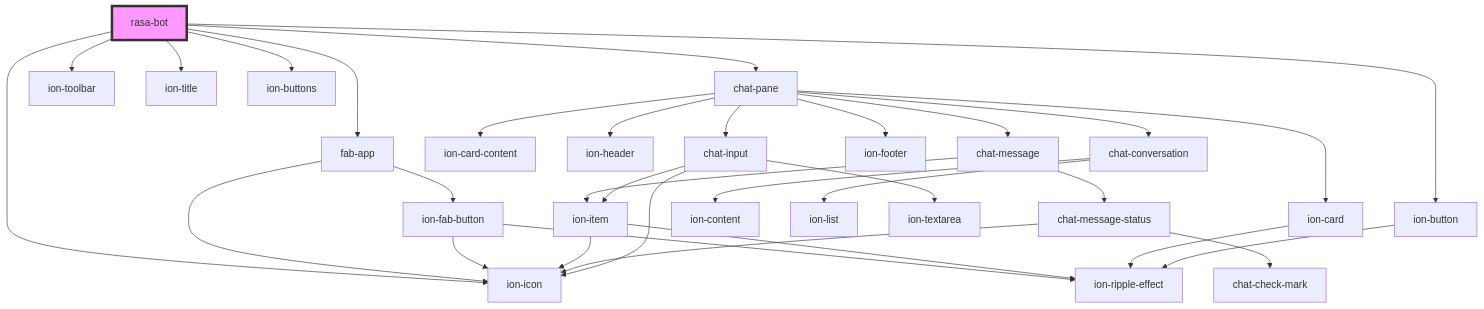
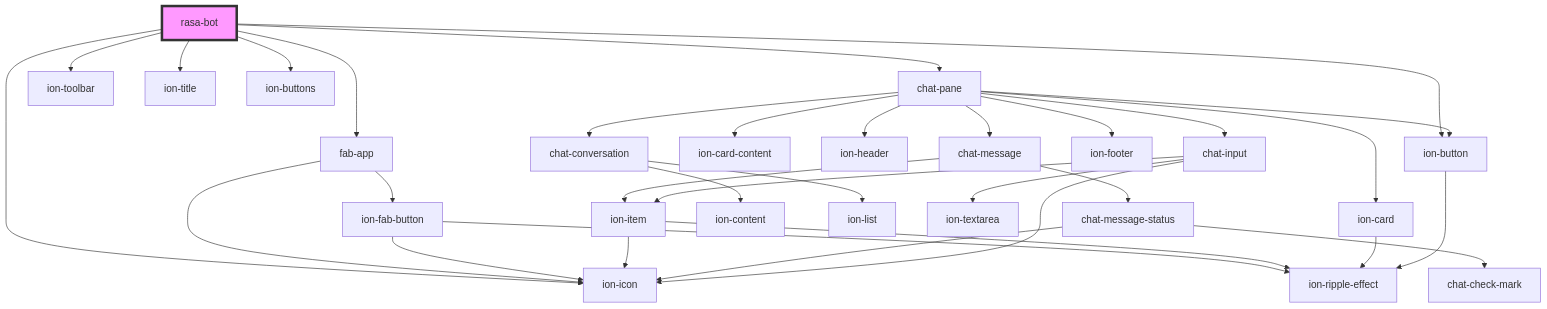
One commit to keyvan-m-sadeghi/assister changed the diagram in packages/rasa/src/components/rasa-bot/readme.md. Above: the diagram before and after it, drawn with Mermaid. The commit also changed other lines of this file and 2 other files, not shown here.

Commit message:
Bump chat versions

````diff
--- a/packages/rasa/src/components/rasa-bot/readme.md
+++ b/packages/rasa/src/components/rasa-bot/readme.md
@@ -31,35 +33,36 @@
 ```mermaid
 graph TD;
   rasa-bot --> fab-app
   rasa-bot --> chat-pane
   rasa-bot --> ion-toolbar
   rasa-bot --> ion-title
   rasa-bot --> ion-buttons
   rasa-bot --> ion-button
   rasa-bot --> ion-icon
   fab-app --> ion-fab-button
   fab-app --> ion-icon
   ion-fab-button --> ion-icon
   ion-fab-button --> ion-ripple-effect
   chat-pane --> chat-message
   chat-pane --> ion-card
   chat-pane --> ion-card-content
+  chat-pane --> ion-button
   chat-pane --> ion-header
   chat-pane --> chat-conversation
   chat-pane --> ion-footer
   chat-pane --> chat-input
   chat-message --> ion-item
   chat-message --> chat-message-status
   ion-item --> ion-icon
   ion-item --> ion-ripple-effect
   chat-message-status --> ion-icon
   chat-message-status --> chat-check-mark
   ion-card --> ion-ripple-effect
+  ion-button --> ion-ripple-effect
   chat-conversation --> ion-content
   chat-conversation --> ion-list
   chat-input --> ion-icon
   chat-input --> ion-item
   chat-input --> ion-textarea
-  ion-button --> ion-ripple-effect
   style rasa-bot fill:#f9f,stroke:#333,stroke-width:4px
 ```
````
